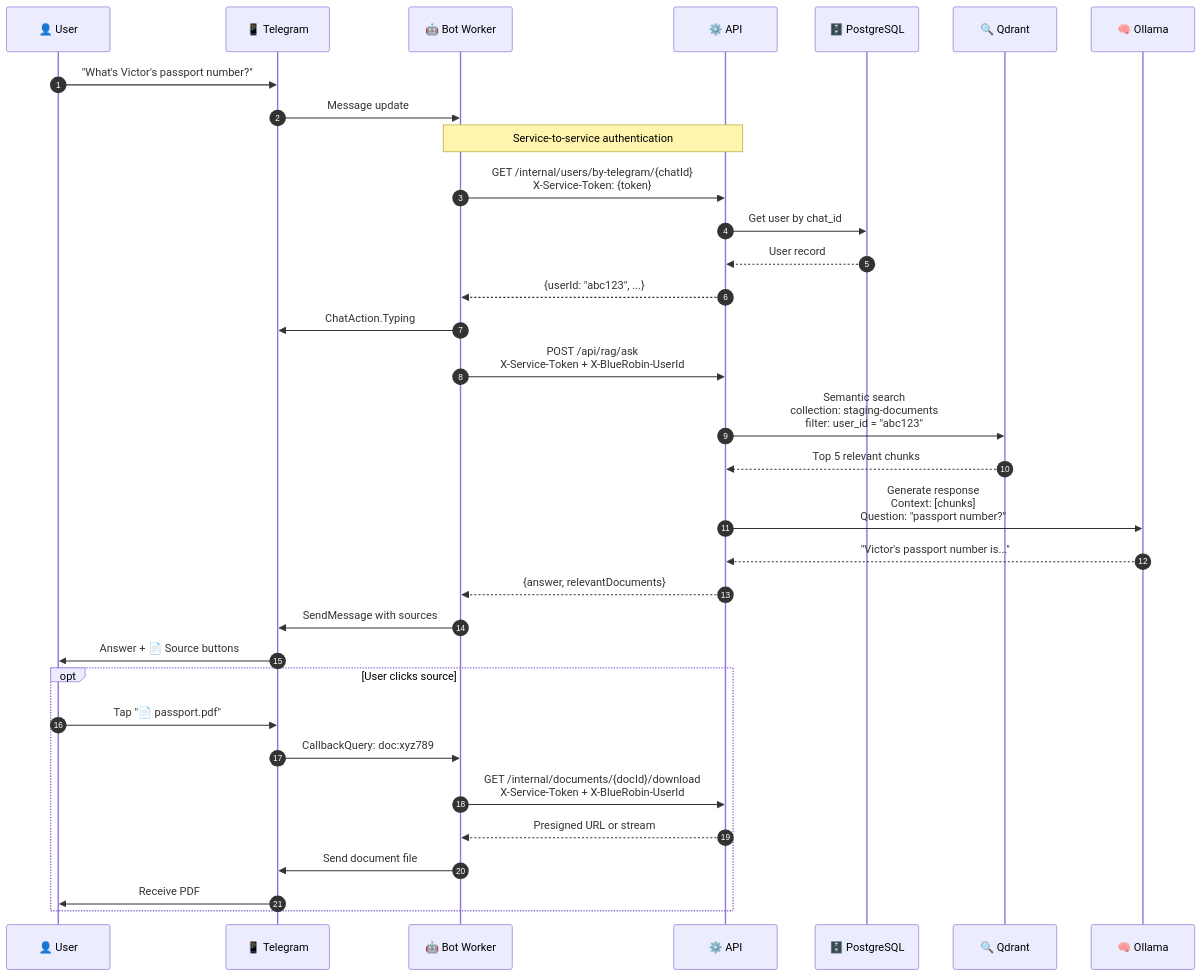
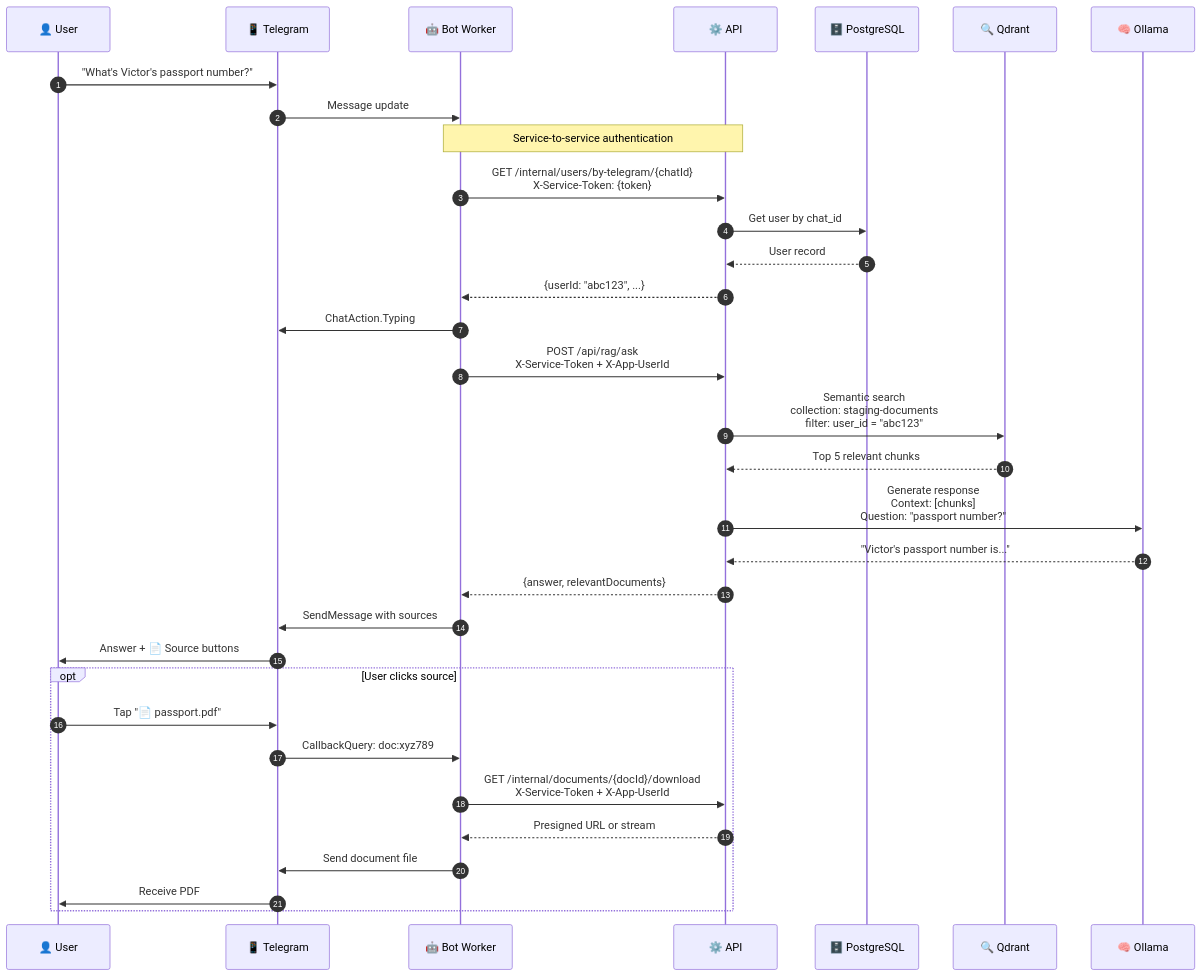
The sixth of 8 diagrams in src/content/blog/telegram-integration-architecture-diagrams.mdx (viktorrobin/bluerobin-blog), drawn with Mermaid before and after one commit. The commit also changed other lines of this file and 111 other files, not shown here.

````diff
--- a/src/content/blog/telegram-integration-architecture-diagrams.mdx
+++ b/src/content/blog/telegram-integration-architecture-diagrams.mdx
@@ -308,41 +309,41 @@
 ```mermaid
 sequenceDiagram
     autonumber
     participant U as 👤 User
     participant TG as 📱 Telegram
     participant Bot as 🤖 Bot Worker
     participant API as ⚙️ API
     participant DB as 🗄️ PostgreSQL
     participant Qdrant as 🔍 Qdrant
     participant LLM as 🧠 Ollama
     
     U->>TG: "What's Victor's passport number?"
     TG->>Bot: Message update
     
     Note over Bot,API: Service-to-service authentication
     Bot->>API: GET /internal/users/by-telegram/{chatId}<br/>X-Service-Token: {token}
     API->>DB: Get user by chat_id
     DB-->>API: User record
     API-->>Bot: {userId: "abc123", ...}
     
     Bot->>TG: ChatAction.Typing
     
-    Bot->>API: POST /api/rag/ask<br/>X-Service-Token + X-BlueRobin-UserId
+    Bot->>API: POST /api/rag/ask<br/>X-Service-Token + X-App-UserId
     API->>Qdrant: Semantic search<br/>collection: staging-documents<br/>filter: user_id = "abc123"
     Qdrant-->>API: Top 5 relevant chunks
     API->>LLM: Generate response<br/>Context: [chunks]<br/>Question: "passport number?"
     LLM-->>API: "Victor's passport number is..."
     API-->>Bot: {answer, relevantDocuments}
     
     Bot->>TG: SendMessage with sources
     TG->>U: Answer + 📄 Source buttons
     
     opt User clicks source
         U->>TG: Tap "📄 passport.pdf"
         TG->>Bot: CallbackQuery: doc:xyz789
-        Bot->>API: GET /internal/documents/{docId}/download<br/>X-Service-Token + X-BlueRobin-UserId
+        Bot->>API: GET /internal/documents/{docId}/download<br/>X-Service-Token + X-App-UserId
         API-->>Bot: Presigned URL or stream
         Bot->>TG: Send document file
         TG->>U: Receive PDF
     end
 ```
````
